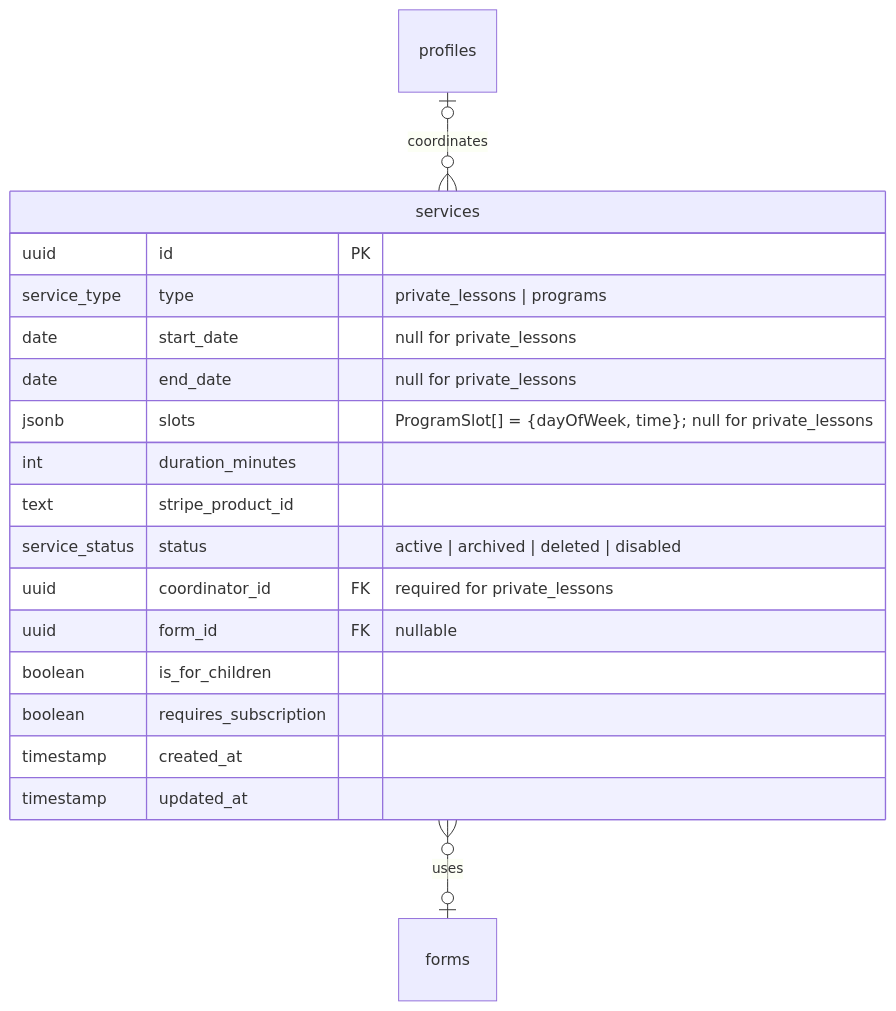
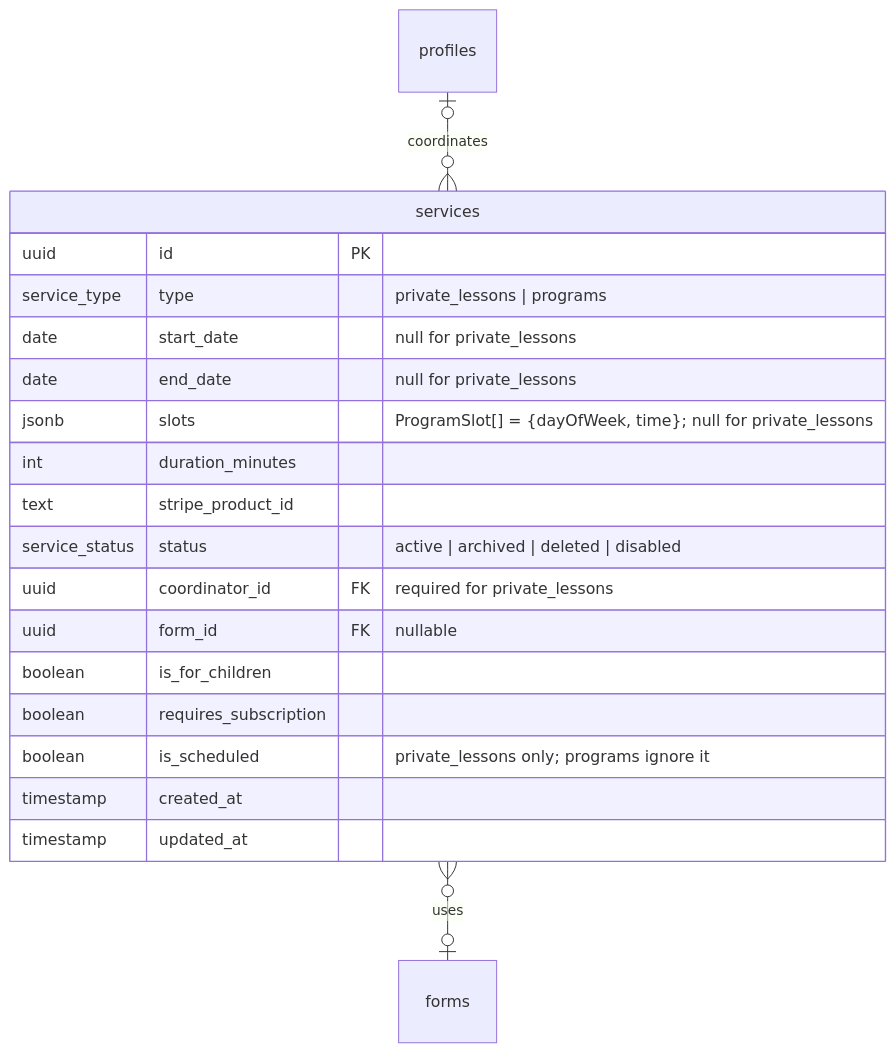
The first of 2 diagrams in docs/services.md (hack4impact/mcld-project), drawn with Mermaid before and after one commit. The commit also changed other lines of this file and 5 other files, not shown here.

First line of the commit message:
feat(schema): add is_scheduled to services and make selected_time_slots nullable

````diff
--- a/docs/services.md
+++ b/docs/services.md
@@ -10,22 +12,23 @@
 ```mermaid
 erDiagram
     services {
         uuid id PK
         service_type type "private_lessons | programs"
         date start_date "null for private_lessons"
         date end_date "null for private_lessons"
         jsonb slots "ProgramSlot[] = {dayOfWeek, time}; null for private_lessons"
         int duration_minutes
         text stripe_product_id
         service_status status "active | archived | deleted | disabled"
         uuid coordinator_id FK "required for private_lessons"
         uuid form_id FK "nullable"
         boolean is_for_children
         boolean requires_subscription
+        boolean is_scheduled "private_lessons only; programs ignore it"
         timestamp created_at
         timestamp updated_at
     }
 
     profiles |o--o{ services : "coordinates"
     services }o--o| forms : "uses"
 ```
````
